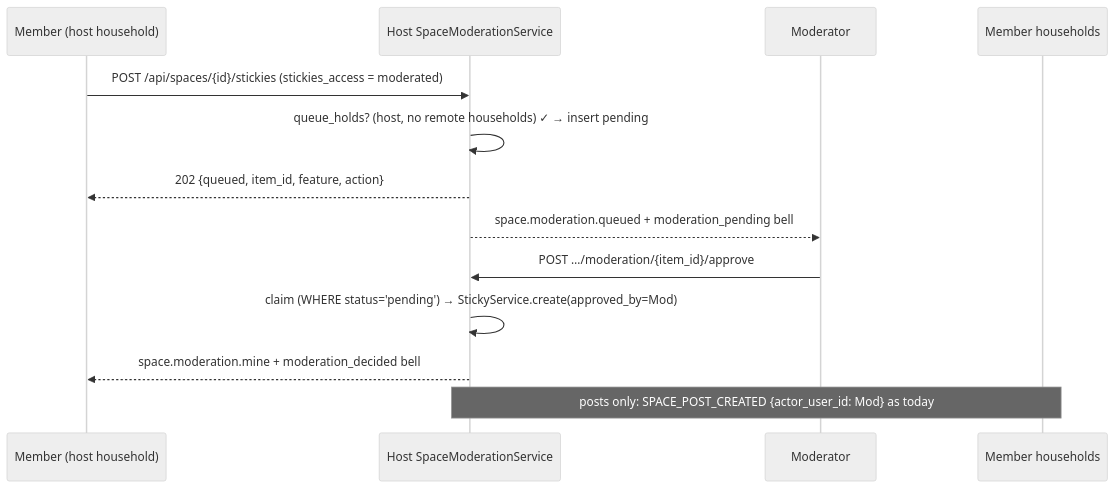
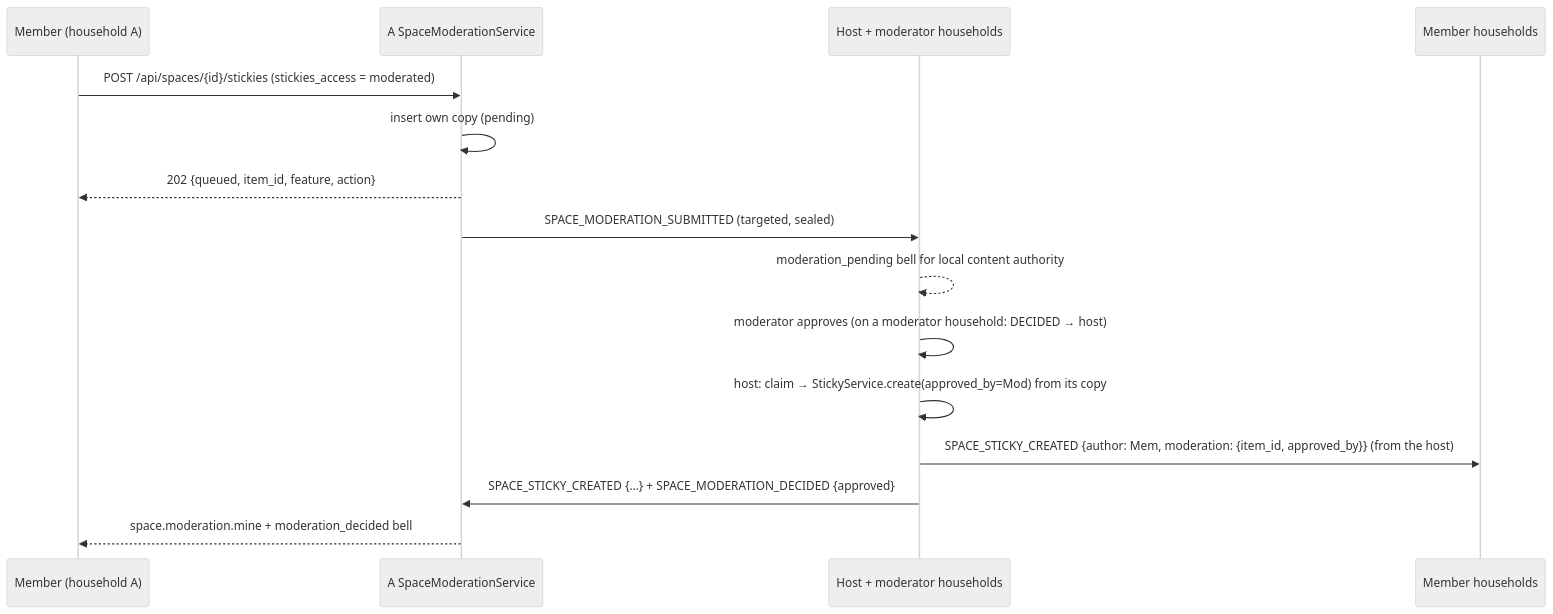
Before and after one commit to social-home-io/socialhome: the seventh of 15 diagrams in docs/protocol/spaces.md, drawn with Mermaid (neutral theme). The commit also changed other lines of this file and 86 other files, not shown here.

First line of the commit message:
Reviewed spaces work across households: submit anywhere, moderators anywhere approve

````diff
--- a/docs/protocol/spaces.md
+++ b/docs/protocol/spaces.md
@@ -1439,15 +1449,17 @@
 ```mermaid
 sequenceDiagram
-    participant Mem as Member (host household)
-    participant H as Host SpaceModerationService
-    participant Mod as Moderator
+    participant Mem as Member (household A)
+    participant A as A SpaceModerationService
+    participant R as Host + moderator households
     participant O as Member households
-    Mem->>H: POST /api/spaces/{id}/stickies (stickies_access = moderated)
-    H->>H: queue_holds? (host, no remote households) ✓ → insert pending
-    H-->>Mem: 202 {queued, item_id, feature, action}
-    H-->>Mod: space.moderation.queued + moderation_pending bell
-    Mod->>H: POST …/moderation/{item_id}/approve
-    H->>H: claim (WHERE status='pending') → StickyService.create(approved_by=Mod)
-    H-->>Mem: space.moderation.mine + moderation_decided bell
-    Note over H,O: posts only: SPACE_POST_CREATED {actor_user_id: Mod} as today
+    Mem->>A: POST /api/spaces/{id}/stickies (stickies_access = moderated)
+    A->>A: insert own copy (pending)
+    A-->>Mem: 202 {queued, item_id, feature, action}
+    A->>R: SPACE_MODERATION_SUBMITTED (targeted, sealed)
+    R-->>R: moderation_pending bell for local content authority
+    R->>R: moderator approves (on a moderator household: DECIDED → host)
+    R->>R: host: claim → StickyService.create(approved_by=Mod) from its copy
+    R->>O: SPACE_STICKY_CREATED {author: Mem, moderation: {item_id, approved_by}} (from the host)
+    R->>A: SPACE_STICKY_CREATED {…} + SPACE_MODERATION_DECIDED {approved}
+    A-->>Mem: space.moderation.mine + moderation_decided bell
 ```
````
